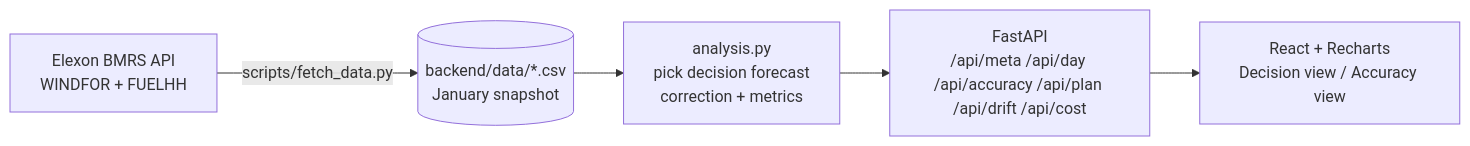
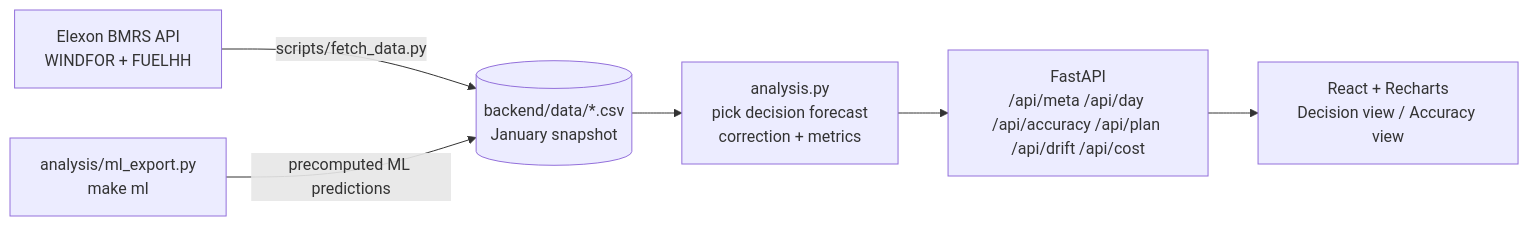
One commit to AdityaMedidala/drluam changed the diagram in README.md. Above: the diagram before and after it, drawn with Mermaid. The commit also changed other lines of this file, not shown here.

Commit message:
docs(readme): Model switch (Simple default), the 2024 evidence, ADR-001, make ml, ML files in the layout

````diff
--- a/README.md
+++ b/README.md
@@ -32,7 +38,8 @@
 ```mermaid
 flowchart LR
   E[Elexon BMRS API<br/>WINDFOR + FUELHH] -->|scripts/fetch_data.py| D[(backend/data/*.csv<br/>January snapshot)]
+  M[analysis/ml_export.py<br/>make ml] -->|precomputed ML predictions| D
   D --> A[analysis.py<br/>pick decision forecast<br/>correction + metrics]
   A --> API[FastAPI<br/>/api/meta /api/day /api/accuracy /api/plan /api/drift /api/cost]
   API --> UI[React + Recharts<br/>Decision view / Accuracy view]
 ```
````
